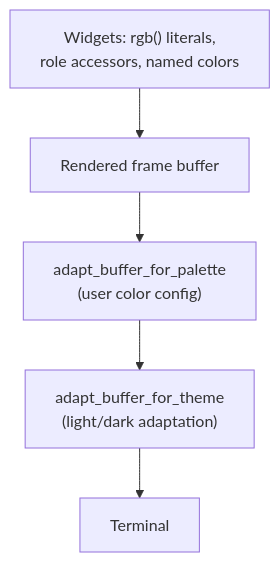
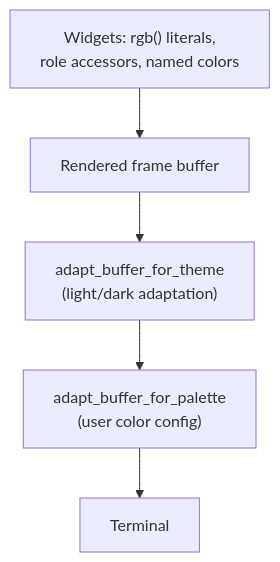
The diagram in docs/TUI_COLOR_CONFIGURATION.md (zipadoodlez/kcode), drawn with Mermaid before and after one commit. The commit also changed other lines of this file and 2 other files, not shown here.

First line of the commit message:
fix(tui): don't luminance-flip the colors a user chose on light terminals

````diff
--- a/docs/TUI_COLOR_CONFIGURATION.md
+++ b/docs/TUI_COLOR_CONFIGURATION.md
@@ -40,7 +40,7 @@
 ```mermaid
 flowchart TD
     A["Widgets: rgb() literals,<br/>role accessors, named colors"] --> B["Rendered frame buffer"]
-    B --> C["adapt_buffer_for_palette<br/>(user color config)"]
-    C --> D["adapt_buffer_for_theme<br/>(light/dark adaptation)"]
+    B --> C["adapt_buffer_for_theme<br/>(light/dark adaptation)"]
+    C --> D["adapt_buffer_for_palette<br/>(user color config)"]
     D --> E[Terminal]
 ```
````
